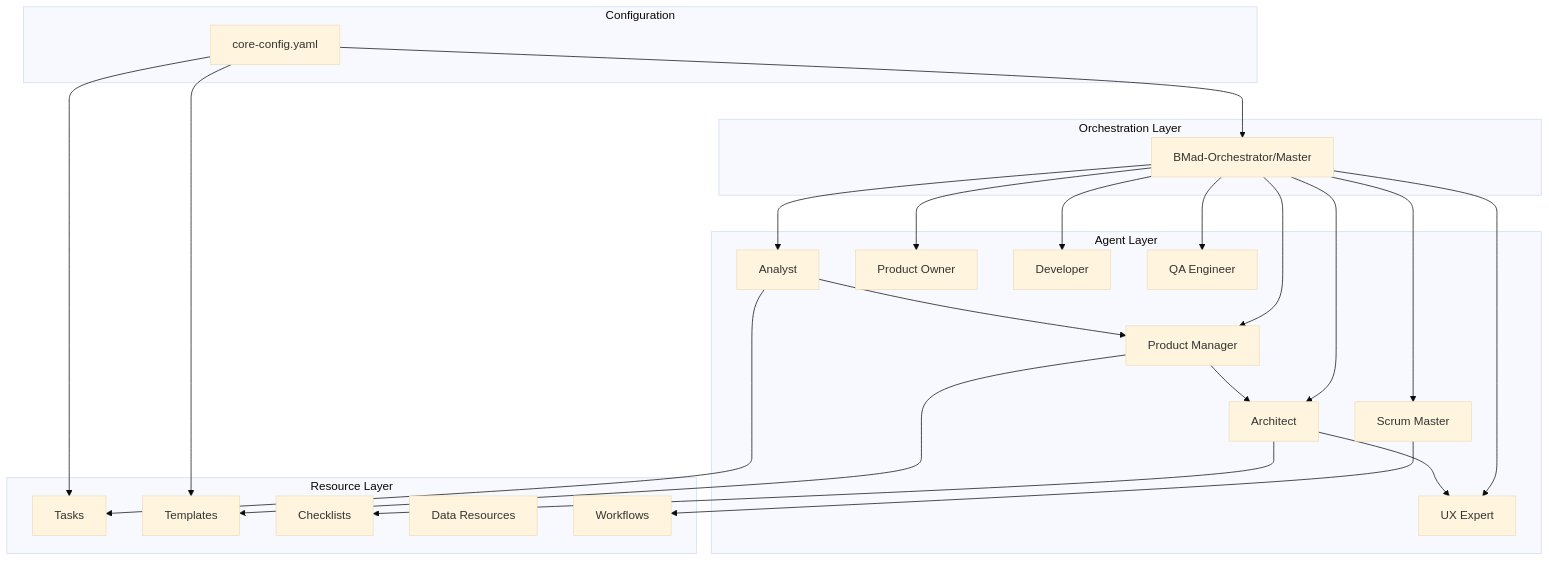
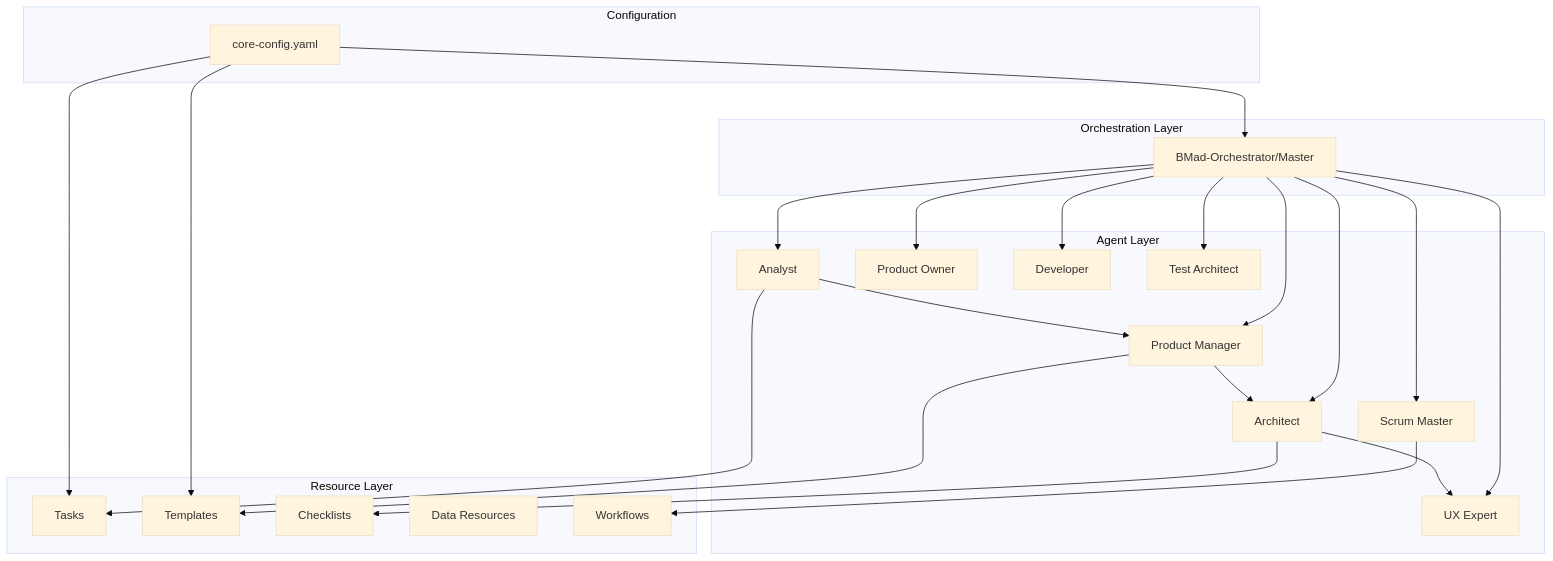
Before and after one commit to ajflexxx/bmad-method-guide: the diagram in 01-bmad-overview.md, drawn with Mermaid (base theme). The commit also changed 24 other files, not shown here.

````diff
--- a/01-bmad-overview.md
+++ b/01-bmad-overview.md
@@ -15,46 +15,46 @@
 ```mermaid
 graph TD
     subgraph "Orchestration Layer"
         O[BMad-Orchestrator/Master]
     end
     
     subgraph "Agent Layer"
         A[Analyst] --> PM[Product Manager]
         PM --> AR[Architect]
         AR --> UX[UX Expert]
         PO[Product Owner]
         SM[Scrum Master]
         DEV[Developer]
-        QA[QA Engineer]
+        QA[Test Architect]
     end
     
     subgraph "Resource Layer"
         T[Tasks]
         TM[Templates]
         C[Checklists]
         D[Data Resources]
         W[Workflows]
     end
     
     subgraph "Configuration"
         CF[core-config.yaml]
     end
     
     O --> A
     O --> PM
     O --> AR
     O --> UX
     O --> PO
     O --> SM
     O --> DEV
     O --> QA
     
     A --> T
     PM --> TM
     AR --> C
     SM --> W
     
     CF --> O
     CF --> T
     CF --> TM
 ```
````
